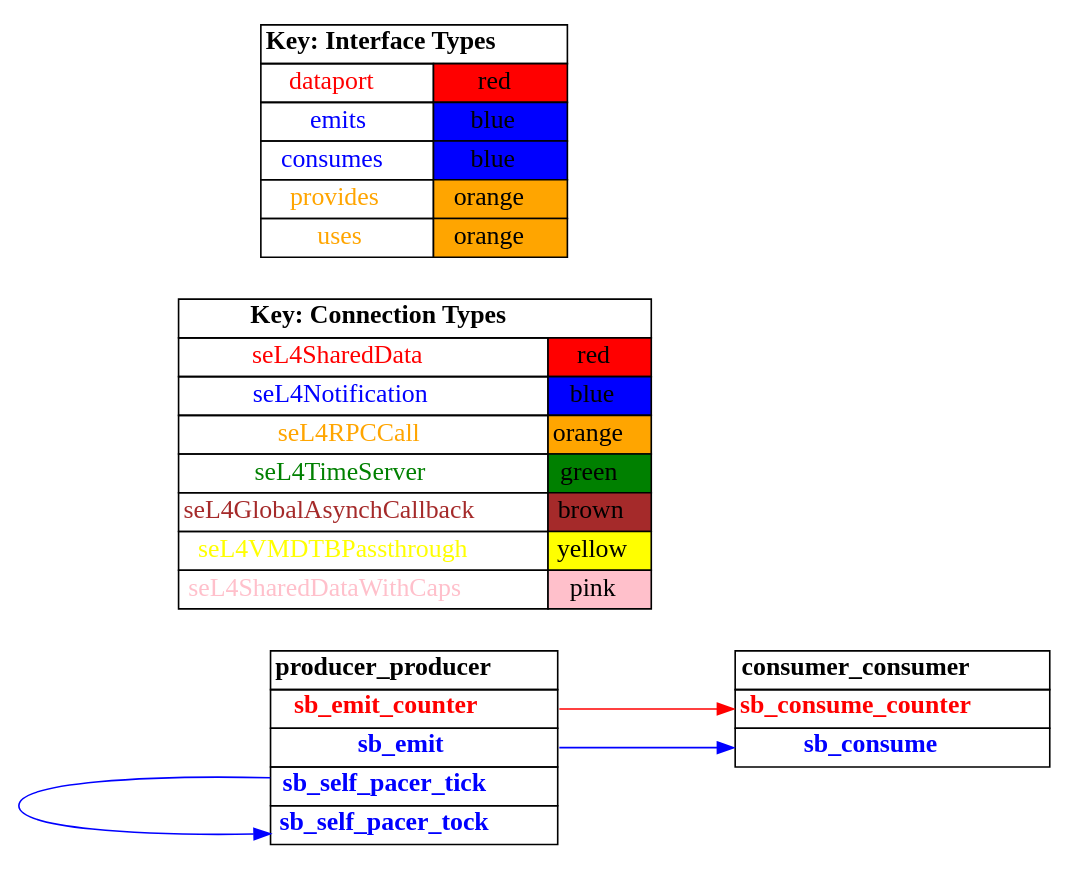
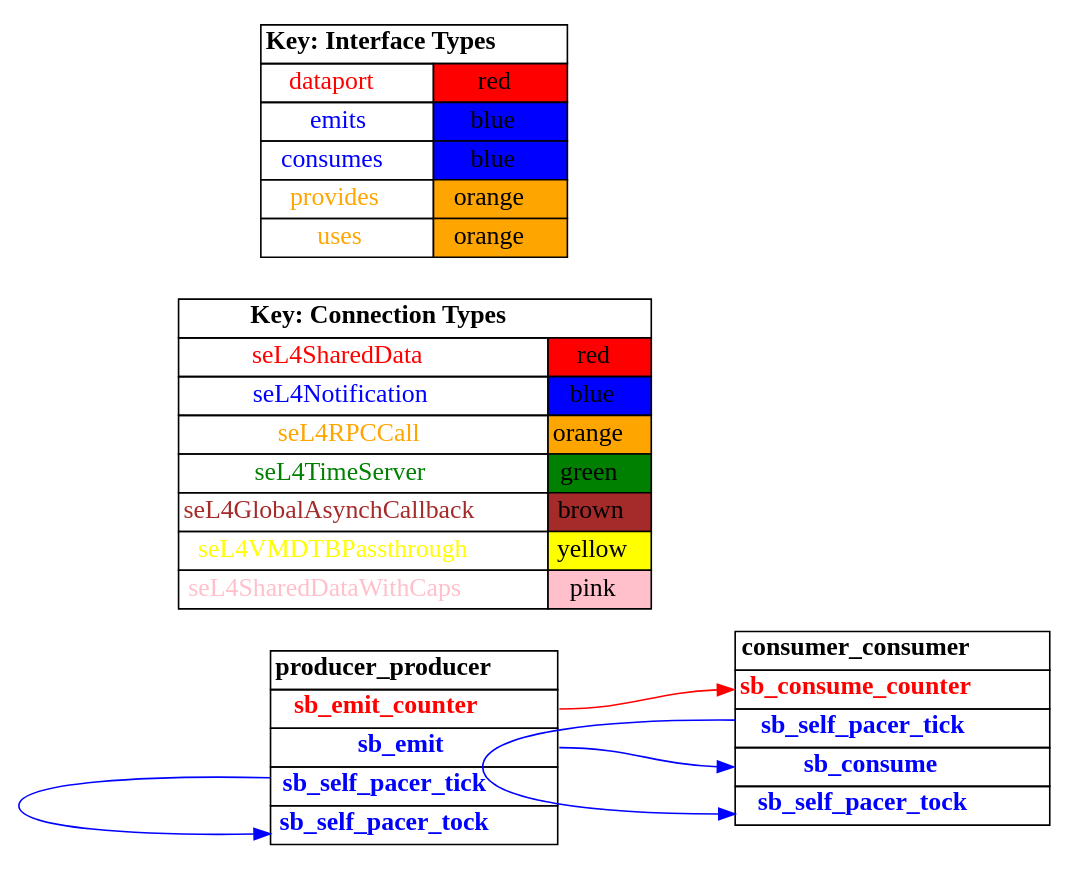
One commit to loonwerks/CASE changed the diagram in TA5/tool-assessment-4/basic/test_event_port_periodic_domains/hamr/camkes/graph_simple.dot. Above: the diagram before and after it, drawn with Graphviz. The commit also changed 17 other files, not shown here.

```diff
--- a/TA5/tool-assessment-4/basic/test_event_port_periodic_domains/hamr/camkes/graph_simple.dot
+++ b/TA5/tool-assessment-4/basic/test_event_port_periodic_domains/hamr/camkes/graph_simple.dot
@@ -1,88 +1,97 @@
 digraph g {
 graph [
   overlap = false,
   rankdir = "LR"
 ];
 node [
   fontsize = "16",
   shape = "ellipse"
 ];
 edge [
 ];
 
 producer_producer [
   label=<
     <TABLE BORDER="0" CELLBORDER="1" CELLSPACING="0">
       <TR><TD><B>producer_producer</B></TD></TR>
       <TR><TD PORT="sb_emit_counter"><FONT COLOR="red"><B>sb_emit_counter</B></FONT></TD></TR>
       <TR><TD PORT="sb_emit"><FONT COLOR="blue"><B>sb_emit</B></FONT></TD></TR>
       <TR><TD PORT="sb_self_pacer_tick"><FONT COLOR="blue"><B>sb_self_pacer_tick</B></FONT></TD></TR>
       <TR><TD PORT="sb_self_pacer_tock"><FONT COLOR="blue"><B>sb_self_pacer_tock</B></FONT></TD></TR>"
     </TABLE>
   >
   shape=plaintext
 ];
 
 consumer_consumer [
   label=<
     <TABLE BORDER="0" CELLBORDER="1" CELLSPACING="0">
       <TR><TD><B>consumer_consumer</B></TD></TR>
       <TR><TD PORT="sb_consume_counter"><FONT COLOR="red"><B>sb_consume_counter</B></FONT></TD></TR>
-      <TR><TD PORT="sb_consume"><FONT COLOR="blue"><B>sb_consume</B></FONT></TD></TR>"
+      <TR><TD PORT="sb_self_pacer_tick"><FONT COLOR="blue"><B>sb_self_pacer_tick</B></FONT></TD></TR>
+      <TR><TD PORT="sb_consume"><FONT COLOR="blue"><B>sb_consume</B></FONT></TD></TR>
+      <TR><TD PORT="sb_self_pacer_tock"><FONT COLOR="blue"><B>sb_self_pacer_tock</B></FONT></TD></TR>"
     </TABLE>
   >
   shape=plaintext
 ];
 
 connectiontypekey [
   label=<
    <TABLE BORDER="0" CELLBORDER="1" CELLSPACING="0">
      <TR><TD COLSPAN="2"><B>Key: Connection Types</B></TD></TR>
      <TR><TD><FONT COLOR="red">seL4SharedData</FONT></TD><TD BGCOLOR="red">red</TD></TR>
      <TR><TD><FONT COLOR="blue">seL4Notification</FONT></TD><TD BGCOLOR="blue">blue</TD></TR>
      <TR><TD><FONT COLOR="orange">seL4RPCCall</FONT></TD><TD BGCOLOR="orange">orange</TD></TR>
      <TR><TD><FONT COLOR="green">seL4TimeServer</FONT></TD><TD BGCOLOR="green">green</TD></TR>
      <TR><TD><FONT COLOR="brown">seL4GlobalAsynchCallback</FONT></TD><TD BGCOLOR="brown">brown</TD></TR>
      <TR><TD><FONT COLOR="yellow">seL4VMDTBPassthrough</FONT></TD><TD BGCOLOR="yellow">yellow</TD></TR>
      <TR><TD><FONT COLOR="pink">seL4SharedDataWithCaps</FONT></TD><TD BGCOLOR="pink">pink</TD></TR>
    </TABLE>
   >
   shape=plaintext
 ];
 
 interfacetypekey [
   label=<
    <TABLE BORDER="0" CELLBORDER="1" CELLSPACING="0">
      <TR><TD COLSPAN="2"><B>Key: Interface Types</B></TD></TR>
      <TR><TD><FONT COLOR="red">dataport</FONT></TD><TD BGCOLOR="red">red</TD></TR>
      <TR><TD><FONT COLOR="blue">emits</FONT></TD><TD BGCOLOR="blue">blue</TD></TR>
      <TR><TD><FONT COLOR="blue">consumes</FONT></TD><TD BGCOLOR="blue">blue</TD></TR>
      <TR><TD><FONT COLOR="orange">provides</FONT></TD><TD BGCOLOR="orange">orange</TD></TR>
      <TR><TD><FONT COLOR="orange">uses</FONT></TD><TD BGCOLOR="orange">orange</TD></TR>
    </TABLE>
   >
   shape=plaintext
 ];
 
 "producer_producer":sb_emit -> "consumer_consumer":sb_consume [
   color="blue"
   //label = "seL4Notification"
   id = conn1
 
 ];
 
 "producer_producer":sb_emit_counter -> "consumer_consumer":sb_consume_counter [
   color="red"
   //label = "seL4SharedData"
   id = conn2
 
 ];
 
 "producer_producer":sb_self_pacer_tick -> "producer_producer":sb_self_pacer_tock [
   color="blue"
   //label = "seL4Notification"
   id = conn3
 
 ];
 
+"consumer_consumer":sb_self_pacer_tick -> "consumer_consumer":sb_self_pacer_tock [
+  color="blue"
+  //label = "seL4Notification"
+  id = conn4
+
+];
+
 }
```
